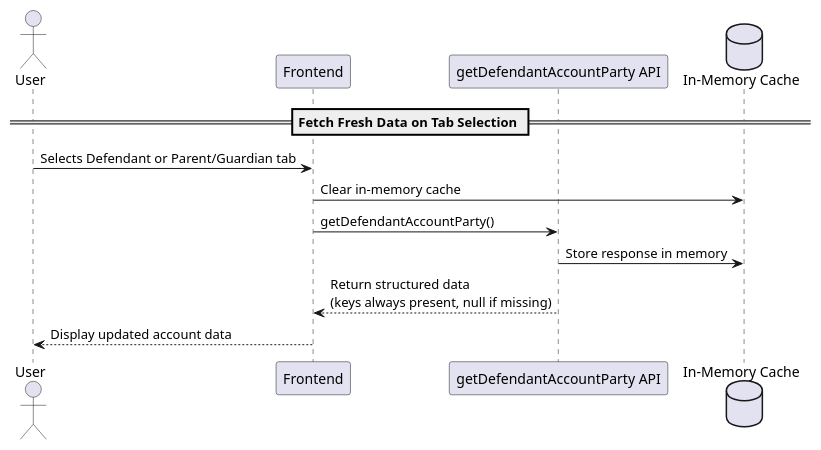
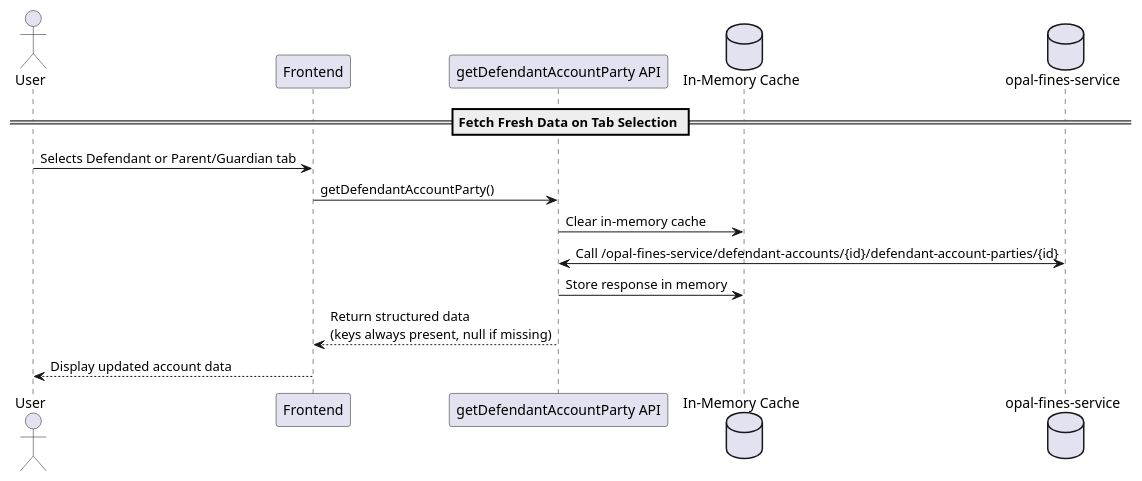
One commit to hmcts/opal-docs changed the diagram in plantUML/fae-view-amend-defendant-pg/fae-view-amend-defendant-pg-tab-ui.puml. Above: the diagram before and after it, drawn with PlantUML. The commit also changed 6 other files, not shown here.

Commit message:
Refactor PlantUML diagrams to enhance clarity and consistency in API call and caching flows

```diff
--- a/plantUML/fae-view-amend-defendant-pg/fae-view-amend-defendant-pg-tab-ui.puml
+++ b/plantUML/fae-view-amend-defendant-pg/fae-view-amend-defendant-pg-tab-ui.puml
@@ -1,15 +1,17 @@
 @startuml
 actor User
 participant "Frontend" as Frontend
 participant "getDefendantAccountParty API" as API
 database "In-Memory Cache" as Cache
+database "opal-fines-service" as Backend
 
 == Fetch Fresh Data on Tab Selection ==
 
 User -> Frontend : Selects Defendant or Parent/Guardian tab
-Frontend -> Cache : Clear in-memory cache
 Frontend -> API : getDefendantAccountParty()
+API -> Cache : Clear in-memory cache
+API <-> Backend : Call /opal-fines-service/defendant-accounts/{id}/defendant-account-parties/{id}
 API -> Cache : Store response in memory
 API --> Frontend : Return structured data\n(keys always present, null if missing)
 Frontend --> User : Display updated account data
 @enduml
```
